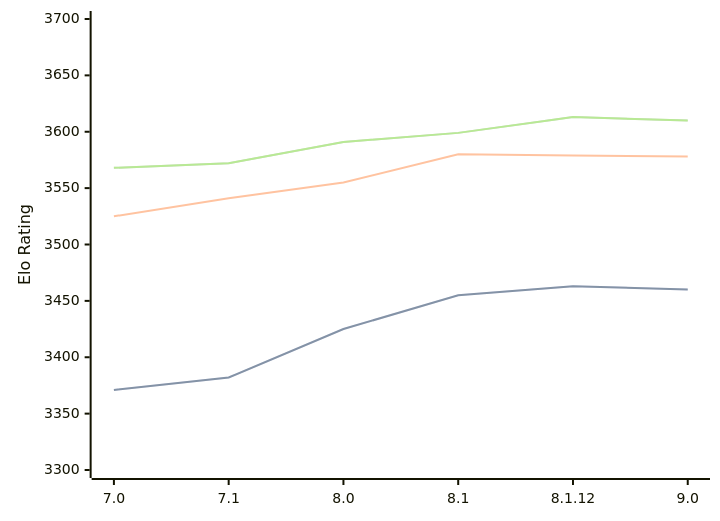
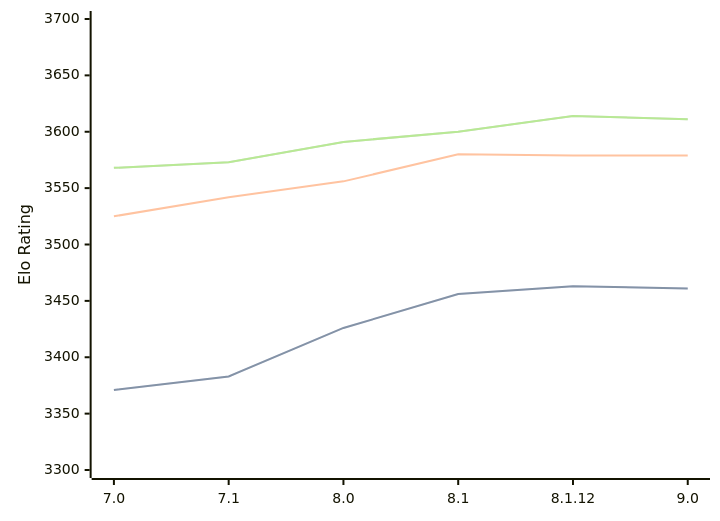
Before and after one commit to computer-chess-index/cci: the diagram in engines/Alexandria.md, drawn with Mermaid. The commit also changed other lines of this file, not shown here.

Commit message:
Update CCI Ratings (ELO VLTC) - 2026-04-27

````diff
--- a/engines/Alexandria.md
+++ b/engines/Alexandria.md
@@ -55,11 +55,11 @@
 ```mermaid
 %%{init: {"theme":"base","themeVariables":{"seriesColors:['#a3a3a3','#222221','#faa371']}}}%%
 xychart-beta
   x-axis ["7.0", "7.1", "8.0", "8.1", "8.1.12", "9.0"]
   y-axis "Elo Rating" 3300 --> 3700
-  line "STC (8.0+0.08s)" [3371, 3382, 3425, 3455, 3463, 3460]
-  line "STC (8.0+0.08s)" [3371, 3382, 3425, 3455, 3463, 3460]
-  line "LTC (60.0+0.60s)" [3525, 3541, 3555, 3580, 3579, 3578]
-  line "VLTC (2m24s+1.12s)" [3568, 3572, 3591, 3599, 3613, 3610]
-  line "VLTC (2m24s+1.12s)" [3568, 3572, 3591, 3599, 3613, 3610]
+  line "STC (8.0+0.08s)" [3371, 3383, 3426, 3456, 3463, 3461]
+  line "STC (8.0+0.08s)" [3371, 3383, 3426, 3456, 3463, 3461]
+  line "LTC (60.0+0.60s)" [3525, 3542, 3556, 3580, 3579, 3579]
+  line "VLTC (2m24s+1.12s)" [3568, 3573, 3591, 3600, 3614, 3611]
+  line "VLTC (2m24s+1.12s)" [3568, 3573, 3591, 3600, 3614, 3611]
 ```
````
